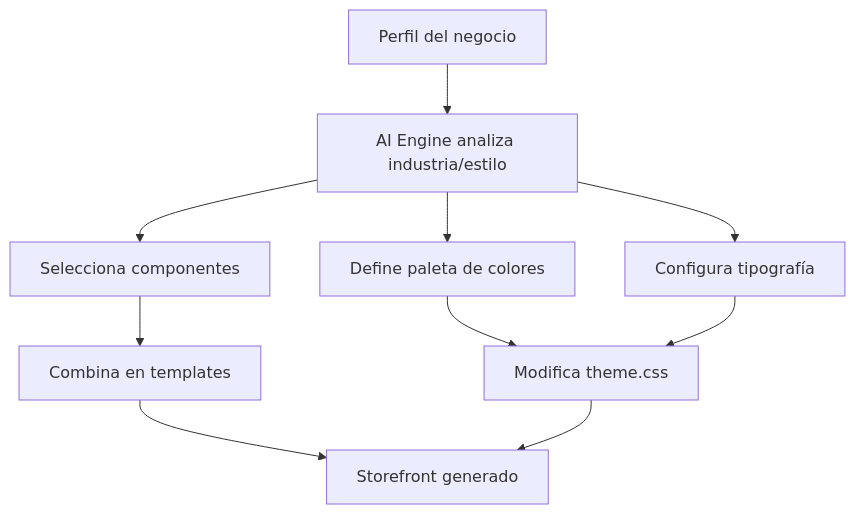
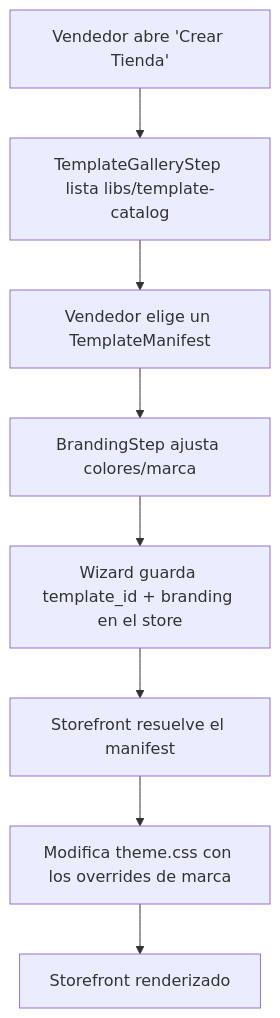
The diagram in docs/docs/servicios/storefront-design-system.md (Ap3xc0de/goshopping), drawn with Mermaid before and after one commit. The commit also changed other lines of this file and 122 other files, not shown here.

````diff
--- a/docs/docs/servicios/storefront-design-system.md
+++ b/docs/docs/servicios/storefront-design-system.md
@@ -159,12 +159,10 @@
 ```mermaid
 graph TD
-    A[Perfil del negocio] --> B[AI Engine analiza industria/estilo]
-    B --> C[Selecciona componentes]
-    B --> D[Define paleta de colores]
-    B --> E[Configura tipografía]
-    C --> F[Combina en templates]
-    D --> G[Modifica theme.css]
-    E --> G
-    F --> H[Storefront generado]
-    G --> H
+    A[Vendedor abre 'Crear Tienda'] --> B[TemplateGalleryStep lista libs/template-catalog]
+    B --> C[Vendedor elige un TemplateManifest]
+    C --> D[BrandingStep ajusta colores/marca]
+    D --> E[Wizard guarda template_id + branding en el store]
+    E --> F[Storefront resuelve el manifest]
+    F --> G[Modifica theme.css con los overrides de marca]
+    G --> H[Storefront renderizado]
 ```
````
